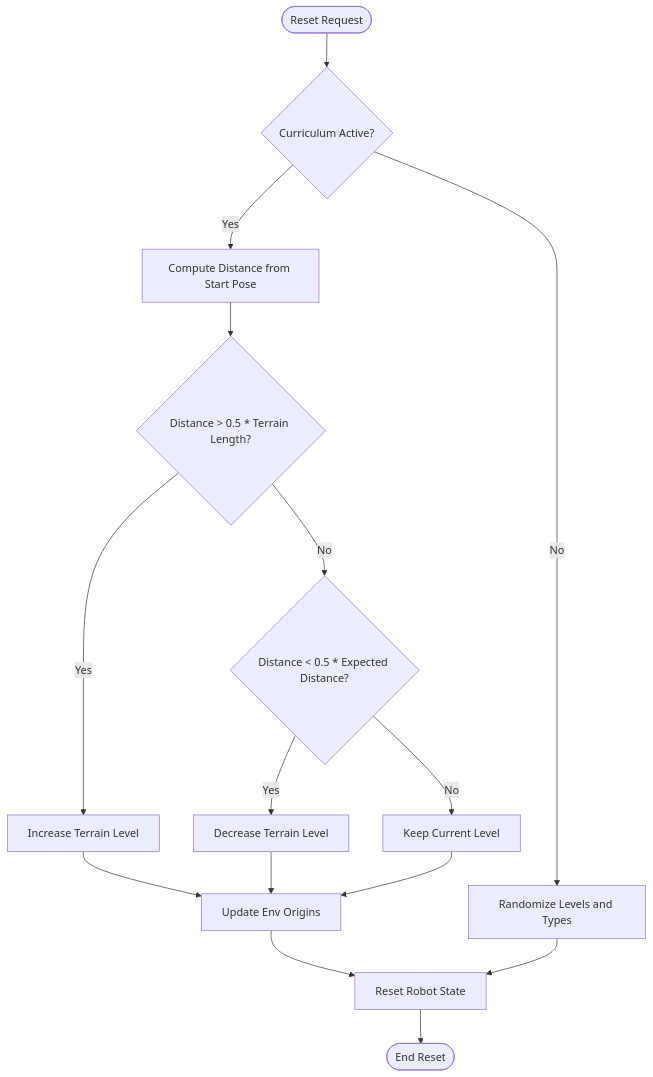
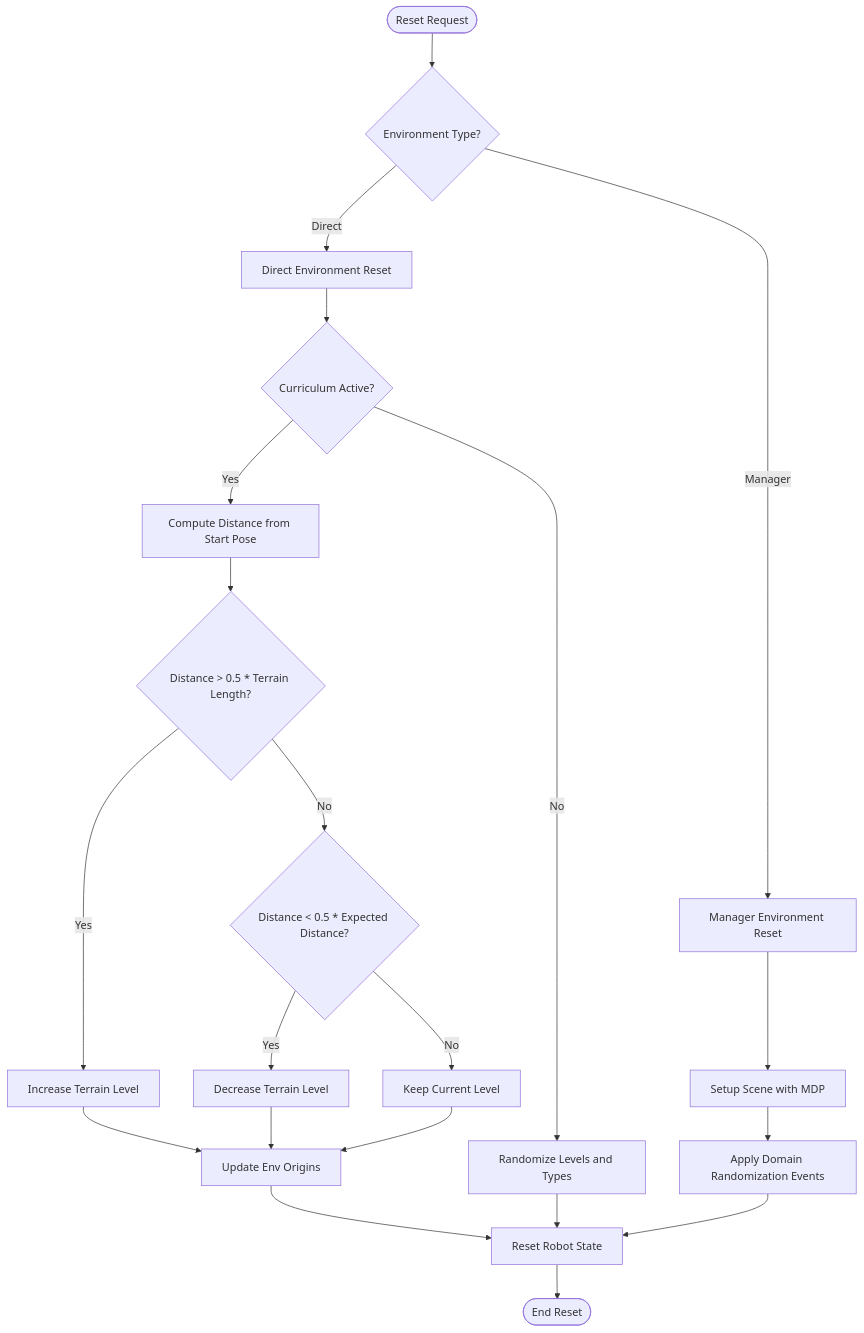
The third of 9 diagrams in .qoder/repowiki/en/content/Go2 Environment System/Go2 Environment System.md (jayjayhust/extreme-quadruped-parkour), drawn with Mermaid before and after one commit. The commit also changed other lines of this file and 444 other files, not shown here.

````diff
--- a/.qoder/repowiki/en/content/Go2 Environment System/Go2 Environment System.md
+++ b/.qoder/repowiki/en/content/Go2 Environment System/Go2 Environment System.md
@@ -151,17 +223,23 @@
 ```mermaid
 flowchart TD
-Start(["Reset Request"]) --> CheckCurriculum{"Curriculum Active?"}
+Start(["Reset Request"]) --> CheckEnvType{"Environment Type?"}
+CheckEnvType --> |Direct| DirectReset["Direct Environment Reset"]
+CheckEnvType --> |Manager| ManagerReset["Manager Environment Reset"]
+DirectReset --> CheckCurriculum{"Curriculum Active?"}
 CheckCurriculum --> |Yes| ComputeDistance["Compute Distance from Start Pose"]
 ComputeDistance --> CompareUp{"Distance > 0.5 * Terrain Length?"}
 CompareUp --> |Yes| MoveUp["Increase Terrain Level"]
 CompareUp --> |No| CheckDown{"Distance < 0.5 * Expected Distance?"}
 CheckDown --> |Yes| MoveDown["Decrease Terrain Level"]
 CheckDown --> |No| KeepSame["Keep Current Level"]
 MoveUp --> UpdateOrigins["Update Env Origins"]
 MoveDown --> UpdateOrigins
 KeepSame --> UpdateOrigins
 CheckCurriculum --> |No| Randomize["Randomize Levels and Types"]
 UpdateOrigins --> ResetRobot["Reset Robot State"]
 Randomize --> ResetRobot
+ManagerReset --> SetupScene["Setup Scene with MDP"]
+SetupScene --> ApplyEvents["Apply Domain Randomization Events"]
+ApplyEvents --> ResetRobot
 ResetRobot --> End(["End Reset"])
 ```
````
